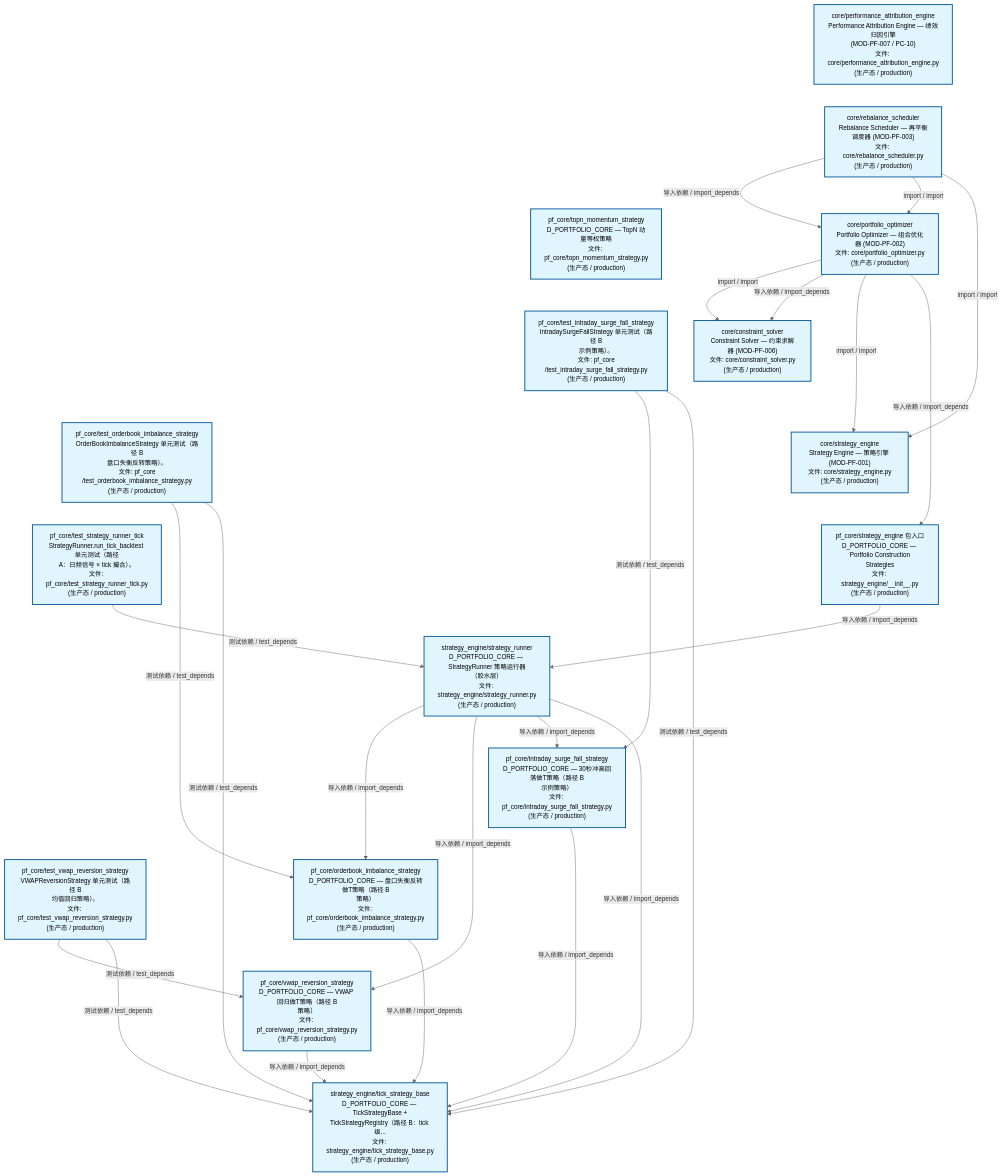
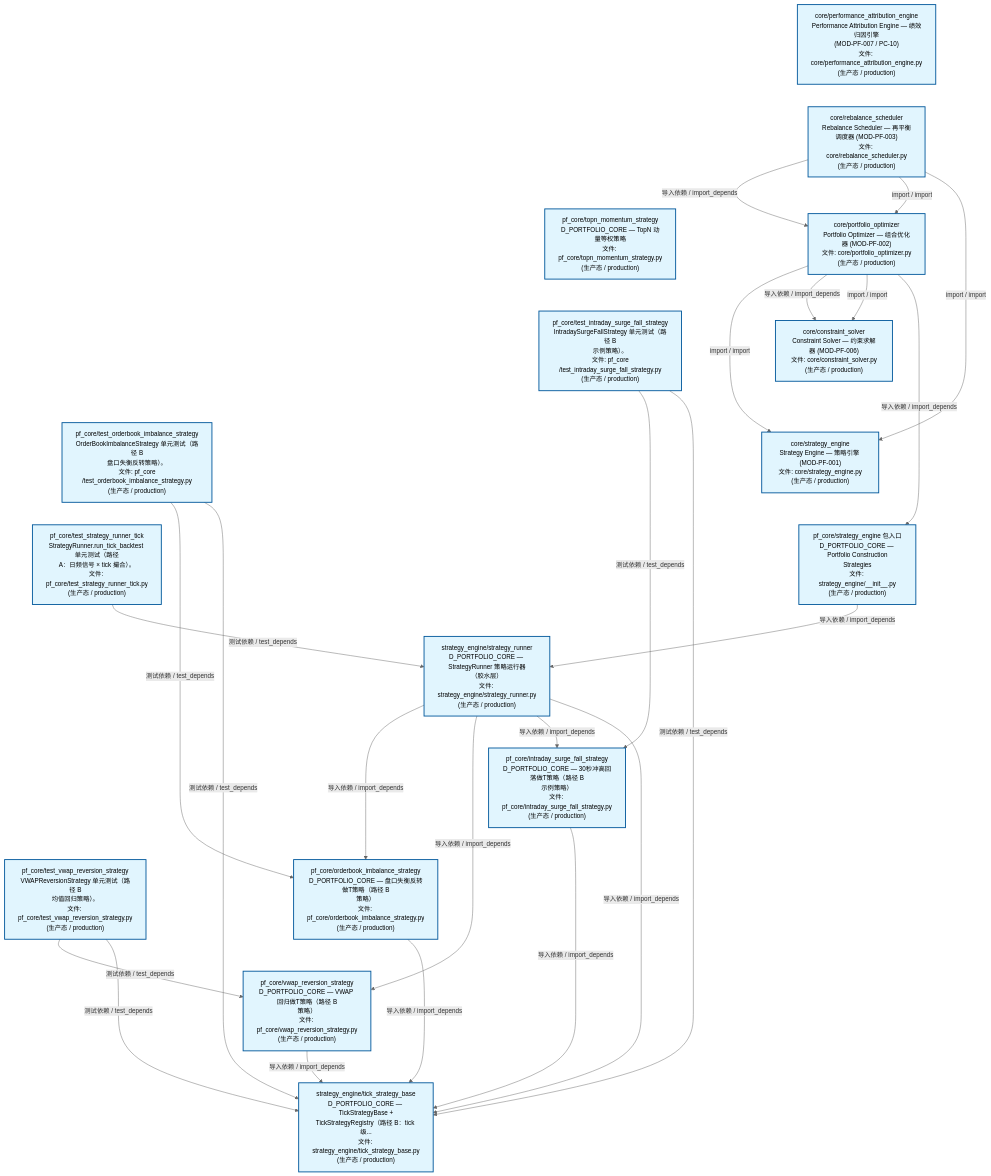
Before and after one commit to xuanFelixVan/ZephyrAlpha: the second of 3 diagrams in docs/02_enterprise_architecture/02_domain_architecture_docs/63_d_pf_core.md, drawn with Mermaid. The commit also changed other lines of this file and 52 other files, not shown here.

````diff
--- a/docs/02_enterprise_architecture/02_domain_architecture_docs/63_d_pf_core.md
+++ b/docs/02_enterprise_architecture/02_domain_architecture_docs/63_d_pf_core.md
@@ -138,57 +139,57 @@
 ```mermaid
 %%{init: {'theme': 'base', 'themeVariables': {'primaryColor': '#eaeaea', 'primaryTextColor': '#333333', 'primaryBorderColor': '#666666', 'lineColor': '#666666', 'secondaryColor': '#eaeaea', 'tertiaryColor': '#eaeaea', 'fontSize': '14px'}}}%%
 flowchart TD
     src_zephyr_pf_core_core_performance_attribution_engine_py["core/performance_attribution_engine<br/>Performance Attribution Engine — 绩效归因引擎<br/>(MOD-PF-007 / PC-10)<br/>文件: core/performance_attribution_engine.py<br/>(生产态 / production)"]
     src_zephyr_pf_core_core_rebalance_scheduler_py["core/rebalance_scheduler<br/>Rebalance Scheduler — 再平衡调度器 (MOD-PF-003)<br/>文件: core/rebalance_scheduler.py<br/>(生产态 / production)"]
     src_zephyr_pf_core_topn_momentum_strategy_py["pf_core/topn_momentum_strategy<br/>D_PORTFOLIO_CORE — TopN 动量等权策略<br/>文件: pf_core/topn_momentum_strategy.py<br/>(生产态 / production)"]
     tests_pf_core_test_intraday_surge_fall_strategy_py["pf_core/test_intraday_surge_fall_strategy<br/>IntradaySurgeFallStrategy 单元测试（路径 B<br/>示例策略）。<br/>文件: pf_core<br/>/test_intraday_surge_fall_strategy.py<br/>(生产态 / production)"]
     tests_pf_core_test_orderbook_imbalance_strategy_py["pf_core/test_orderbook_imbalance_strategy<br/>OrderBookImbalanceStrategy 单元测试（路径 B<br/>盘口失衡反转策略）。<br/>文件: pf_core<br/>/test_orderbook_imbalance_strategy.py<br/>(生产态 / production)"]
     tests_pf_core_test_strategy_runner_tick_py["pf_core/test_strategy_runner_tick<br/>StrategyRunner.run_tick_backtest 单元测试（路径<br/>A：日频信号 × tick 撮合）。<br/>文件: pf_core/test_strategy_runner_tick.py<br/>(生产态 / production)"]
     tests_pf_core_test_vwap_reversion_strategy_py["pf_core/test_vwap_reversion_strategy<br/>VWAPReversionStrategy 单元测试（路径 B<br/>均值回归策略）。<br/>文件: pf_core/test_vwap_reversion_strategy.py<br/>(生产态 / production)"]
     src_zephyr_pf_core_core_performance_attribution_engine_py ~~~ src_zephyr_pf_core_core_rebalance_scheduler_py
     src_zephyr_pf_core_core_rebalance_scheduler_py ~~~ src_zephyr_pf_core_topn_momentum_strategy_py
     src_zephyr_pf_core_topn_momentum_strategy_py ~~~ tests_pf_core_test_intraday_surge_fall_strategy_py
     tests_pf_core_test_intraday_surge_fall_strategy_py ~~~ tests_pf_core_test_orderbook_imbalance_strategy_py
     tests_pf_core_test_orderbook_imbalance_strategy_py ~~~ tests_pf_core_test_strategy_runner_tick_py
     tests_pf_core_test_strategy_runner_tick_py ~~~ tests_pf_core_test_vwap_reversion_strategy_py
     src_zephyr_pf_core_core_portfolio_optimizer_py["core/portfolio_optimizer<br/>Portfolio Optimizer — 组合优化器 (MOD-PF-002)<br/>文件: core/portfolio_optimizer.py<br/>(生产态 / production)"]
     src_zephyr_pf_core_core_constraint_solver_py["core/constraint_solver<br/>Constraint Solver — 约束求解器 (MOD-PF-006)<br/>文件: core/constraint_solver.py<br/>(生产态 / production)"]
     src_zephyr_pf_core_core_strategy_engine_py["core/strategy_engine<br/>Strategy Engine — 策略引擎 (MOD-PF-001)<br/>文件: core/strategy_engine.py<br/>(生产态 / production)"]
     src_zephyr_pf_core_strategy_engine_init_py["pf_core/strategy_engine 包入口<br/>D_PORTFOLIO_CORE — Portfolio Construction<br/>Strategies<br/>文件: strategy_engine/__init__.py<br/>(生产态 / production)"]
     src_zephyr_pf_core_core_constraint_solver_py ~~~ src_zephyr_pf_core_core_strategy_engine_py
     src_zephyr_pf_core_core_strategy_engine_py ~~~ src_zephyr_pf_core_strategy_engine_init_py
     src_zephyr_pf_core_strategy_engine_strategy_runner_py["strategy_engine/strategy_runner<br/>D_PORTFOLIO_CORE — StrategyRunner 策略运行器<br/>（胶水层）<br/>文件: strategy_engine/strategy_runner.py<br/>(生产态 / production)"]
     src_zephyr_pf_core_intraday_surge_fall_strategy_py["pf_core/intraday_surge_fall_strategy<br/>D_PORTFOLIO_CORE — 30秒冲高回落做T策略（路径 B<br/>示例策略）<br/>文件: pf_core/intraday_surge_fall_strategy.py<br/>(生产态 / production)"]
     src_zephyr_pf_core_orderbook_imbalance_strategy_py["pf_core/orderbook_imbalance_strategy<br/>D_PORTFOLIO_CORE — 盘口失衡反转做T策略（路径 B<br/>策略）<br/>文件: pf_core/orderbook_imbalance_strategy.py<br/>(生产态 / production)"]
     src_zephyr_pf_core_vwap_reversion_strategy_py["pf_core/vwap_reversion_strategy<br/>D_PORTFOLIO_CORE — VWAP 回归做T策略（路径 B<br/>策略）<br/>文件: pf_core/vwap_reversion_strategy.py<br/>(生产态 / production)"]
     src_zephyr_pf_core_intraday_surge_fall_strategy_py ~~~ src_zephyr_pf_core_orderbook_imbalance_strategy_py
     src_zephyr_pf_core_orderbook_imbalance_strategy_py ~~~ src_zephyr_pf_core_vwap_reversion_strategy_py
     src_zephyr_pf_core_strategy_engine_tick_strategy_base_py["strategy_engine/tick_strategy_base<br/>D_PORTFOLIO_CORE — TickStrategyBase +<br/>TickStrategyRegistry（路径 B：tick 级...<br/>文件: strategy_engine/tick_strategy_base.py<br/>(生产态 / production)"]
     src_zephyr_pf_core_orderbook_imbalance_strategy_py -->|导入依赖 / import_depends| src_zephyr_pf_core_strategy_engine_tick_strategy_base_py
     src_zephyr_pf_core_vwap_reversion_strategy_py -->|导入依赖 / import_depends| src_zephyr_pf_core_strategy_engine_tick_strategy_base_py
     src_zephyr_pf_core_intraday_surge_fall_strategy_py -->|导入依赖 / import_depends| src_zephyr_pf_core_strategy_engine_tick_strategy_base_py
+    src_zephyr_pf_core_core_portfolio_optimizer_py -->|import / import| src_zephyr_pf_core_core_strategy_engine_py
+    src_zephyr_pf_core_core_portfolio_optimizer_py -->|导入依赖 / import_depends| src_zephyr_pf_core_core_constraint_solver_py
+    src_zephyr_pf_core_core_portfolio_optimizer_py -->|import / import| src_zephyr_pf_core_core_constraint_solver_py
+    src_zephyr_pf_core_core_portfolio_optimizer_py -->|导入依赖 / import_depends| src_zephyr_pf_core_strategy_engine_init_py
     src_zephyr_pf_core_core_rebalance_scheduler_py -->|导入依赖 / import_depends| src_zephyr_pf_core_core_portfolio_optimizer_py
     src_zephyr_pf_core_core_rebalance_scheduler_py -->|import / import| src_zephyr_pf_core_core_portfolio_optimizer_py
     src_zephyr_pf_core_core_rebalance_scheduler_py -->|import / import| src_zephyr_pf_core_core_strategy_engine_py
-    src_zephyr_pf_core_core_portfolio_optimizer_py -->|import / import| src_zephyr_pf_core_core_constraint_solver_py
-    src_zephyr_pf_core_core_portfolio_optimizer_py -->|导入依赖 / import_depends| src_zephyr_pf_core_core_constraint_solver_py
-    src_zephyr_pf_core_core_portfolio_optimizer_py -->|import / import| src_zephyr_pf_core_core_strategy_engine_py
-    src_zephyr_pf_core_core_portfolio_optimizer_py -->|导入依赖 / import_depends| src_zephyr_pf_core_strategy_engine_init_py
-    src_zephyr_pf_core_strategy_engine_init_py -->|导入依赖 / import_depends| src_zephyr_pf_core_strategy_engine_strategy_runner_py
     src_zephyr_pf_core_strategy_engine_strategy_runner_py -->|导入依赖 / import_depends| src_zephyr_pf_core_orderbook_imbalance_strategy_py
     src_zephyr_pf_core_strategy_engine_strategy_runner_py -->|导入依赖 / import_depends| src_zephyr_pf_core_vwap_reversion_strategy_py
     src_zephyr_pf_core_strategy_engine_strategy_runner_py -->|导入依赖 / import_depends| src_zephyr_pf_core_intraday_surge_fall_strategy_py
     src_zephyr_pf_core_strategy_engine_strategy_runner_py -->|导入依赖 / import_depends| src_zephyr_pf_core_strategy_engine_tick_strategy_base_py
+    src_zephyr_pf_core_strategy_engine_init_py -->|导入依赖 / import_depends| src_zephyr_pf_core_strategy_engine_strategy_runner_py
     tests_pf_core_test_intraday_surge_fall_strategy_py -->|测试依赖 / test_depends| src_zephyr_pf_core_intraday_surge_fall_strategy_py
     tests_pf_core_test_intraday_surge_fall_strategy_py -->|测试依赖 / test_depends| src_zephyr_pf_core_strategy_engine_tick_strategy_base_py
     tests_pf_core_test_orderbook_imbalance_strategy_py -->|测试依赖 / test_depends| src_zephyr_pf_core_orderbook_imbalance_strategy_py
     tests_pf_core_test_orderbook_imbalance_strategy_py -->|测试依赖 / test_depends| src_zephyr_pf_core_strategy_engine_tick_strategy_base_py
     tests_pf_core_test_strategy_runner_tick_py -->|测试依赖 / test_depends| src_zephyr_pf_core_strategy_engine_strategy_runner_py
     tests_pf_core_test_vwap_reversion_strategy_py -->|测试依赖 / test_depends| src_zephyr_pf_core_vwap_reversion_strategy_py
     tests_pf_core_test_vwap_reversion_strategy_py -->|测试依赖 / test_depends| src_zephyr_pf_core_strategy_engine_tick_strategy_base_py
     classDef production fill:#e1f5fe,stroke:#01579b,stroke-width:2px,color:#000
     classDef design fill:#fff3e0,stroke:#e65100,stroke-width:2px,color:#000,stroke-dasharray: 5 5
     classDef external_prod fill:#e8f4fd,stroke:#0277bd,stroke-width:1px,color:#000
     classDef external_design fill:#fff8e7,stroke:#ef6c00,stroke-width:1px,color:#000,stroke-dasharray: 5 5
     class src_zephyr_pf_core_core_constraint_solver_py,src_zephyr_pf_core_core_performance_attribution_engine_py,src_zephyr_pf_core_core_portfolio_optimizer_py,src_zephyr_pf_core_core_rebalance_scheduler_py,src_zephyr_pf_core_core_strategy_engine_py,src_zephyr_pf_core_intraday_surge_fall_strategy_py,src_zephyr_pf_core_orderbook_imbalance_strategy_py,src_zephyr_pf_core_strategy_engine_init_py,src_zephyr_pf_core_strategy_engine_strategy_runner_py,src_zephyr_pf_core_strategy_engine_tick_strategy_base_py,src_zephyr_pf_core_topn_momentum_strategy_py,src_zephyr_pf_core_vwap_reversion_strategy_py,tests_pf_core_test_intraday_surge_fall_strategy_py,tests_pf_core_test_orderbook_imbalance_strategy_py,tests_pf_core_test_strategy_runner_tick_py,tests_pf_core_test_vwap_reversion_strategy_py production
 ```
````
